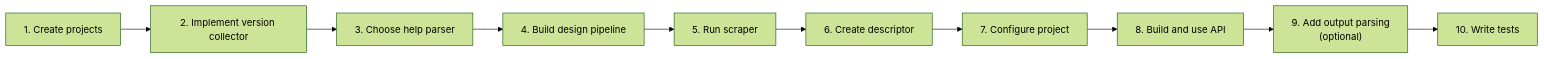
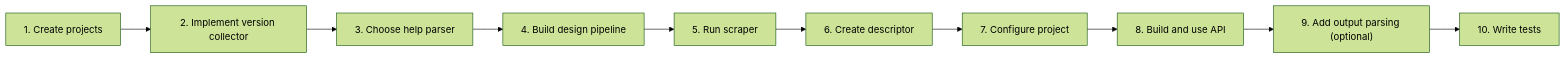
One commit to FrenchExDev/FrenchExDev changed the first of 5 diagrams in Net/FrenchExDev/BinaryWrapper/doc/HOW-TO.md. Above: the diagram before and after it, drawn with Mermaid (forest theme). The commit also changed 2 other files, not shown here.

````diff
--- a/Net/FrenchExDev/BinaryWrapper/doc/HOW-TO.md
+++ b/Net/FrenchExDev/BinaryWrapper/doc/HOW-TO.md
@@ -9,12 +9,12 @@
 ```mermaid
 flowchart LR
     A["1. Create projects"] --> B["2. Implement version collector"]
     B --> C["3. Choose help parser"]
     C --> D["4. Build design pipeline"]
     D --> E["5. Run scraper"]
     E --> F["6. Create descriptor"]
     F --> G["7. Configure project"]
     G --> H["8. Build and use API"]
-    H --> I["9. Add output parsing<br>(optional)"]
+    H --> I["9. Add output parsing (optional)"]
     I --> J["10. Write tests"]
 ```
````
